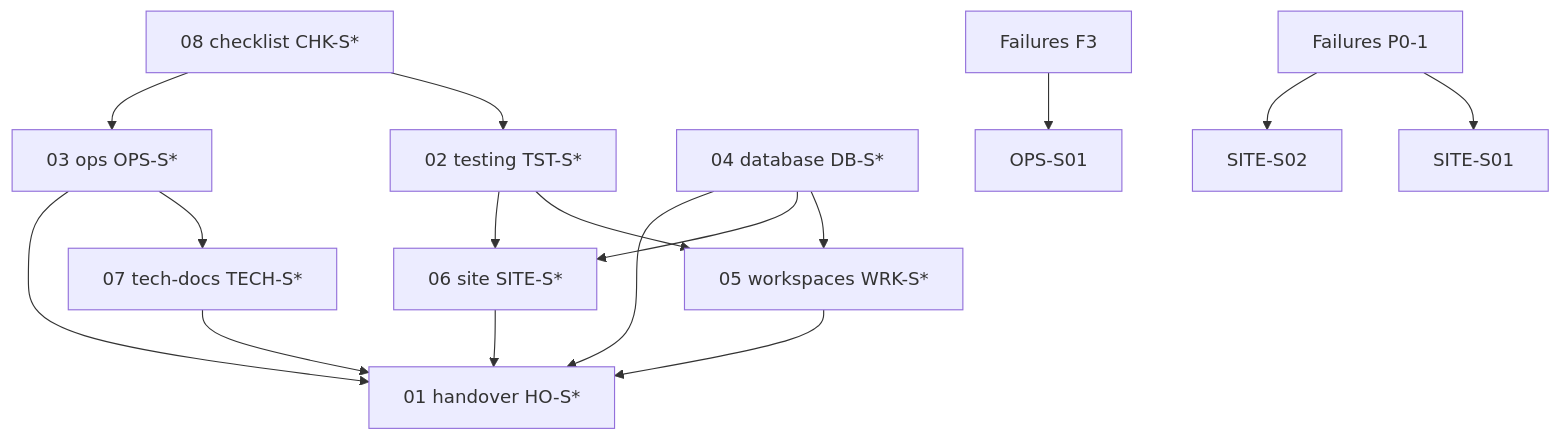
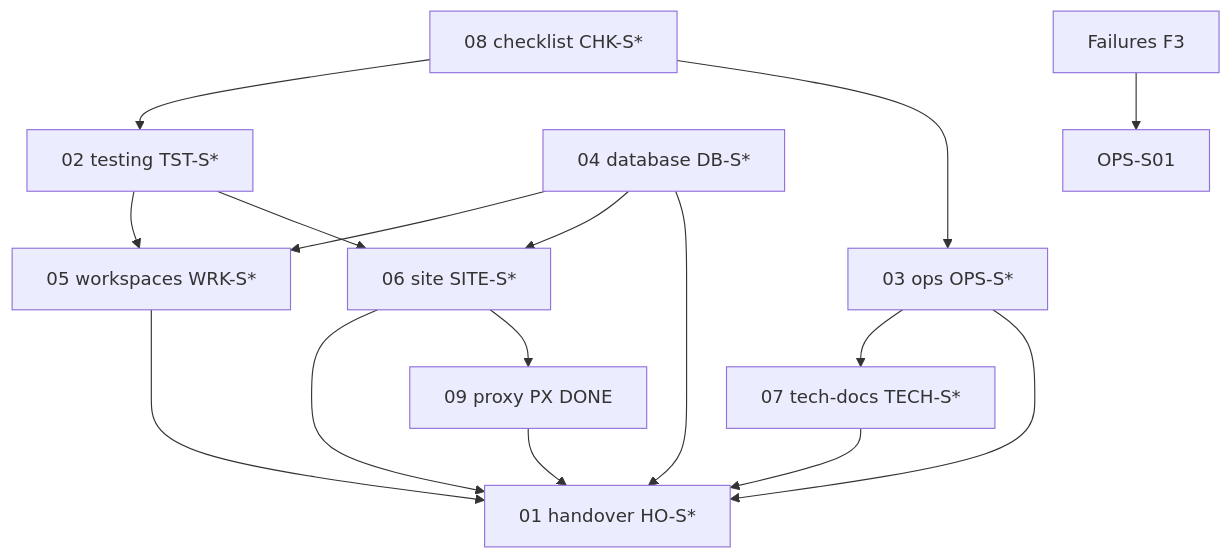
One commit to pglcarpets/oo08082026 changed the diagram in plans/00-README.md. Above: the diagram before and after it, drawn with Mermaid. The commit also changed other lines of this file and 34 other files, not shown here.

````diff
--- a/plans/00-README.md
+++ b/plans/00-README.md
@@ -42,18 +42,18 @@
 ```mermaid
 flowchart TD
   CHK[08 checklist CHK-S*] --> TST[02 testing TST-S*]
   CHK --> OPS[03 ops OPS-S*]
   DB[04 database DB-S*] --> WRK[05 workspaces WRK-S*]
   DB --> SITE[06 site SITE-S*]
   OPS --> TECH[07 tech-docs TECH-S*]
   TST --> WRK
   TST --> SITE
   WRK --> HO[01 handover HO-S*]
   SITE --> HO
   OPS --> HO
   DB --> HO
   TECH --> HO
+  SITE --> PX[09 proxy PX DONE]
+  PX --> HO
   F3[Failures F3] --> OPS-S01
-  P01[Failures P0-1] --> SITE-S01
-  P01 --> SITE-S02
 ```
````
